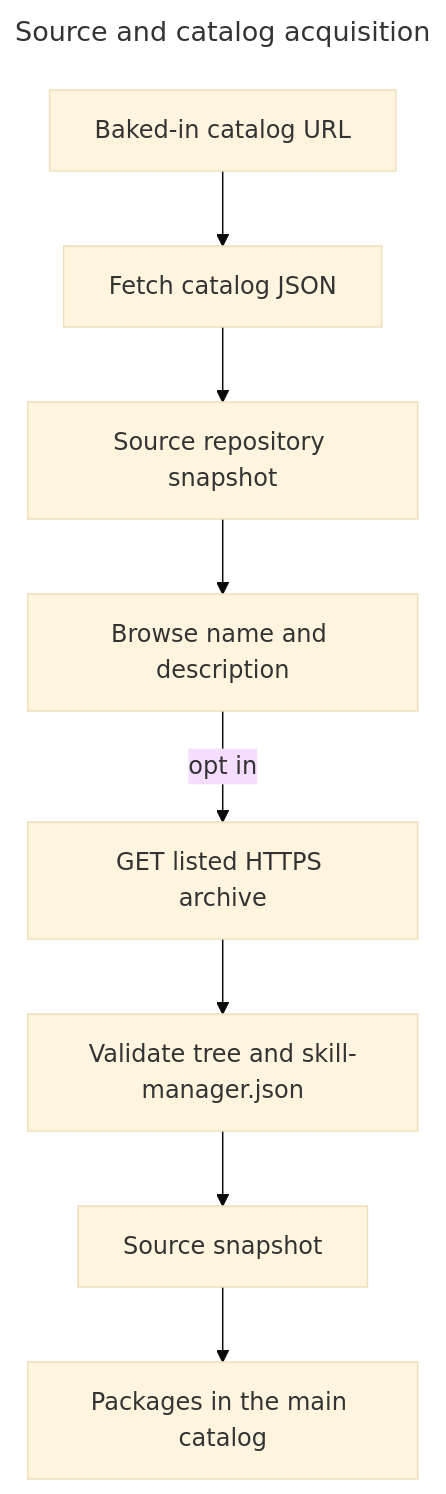
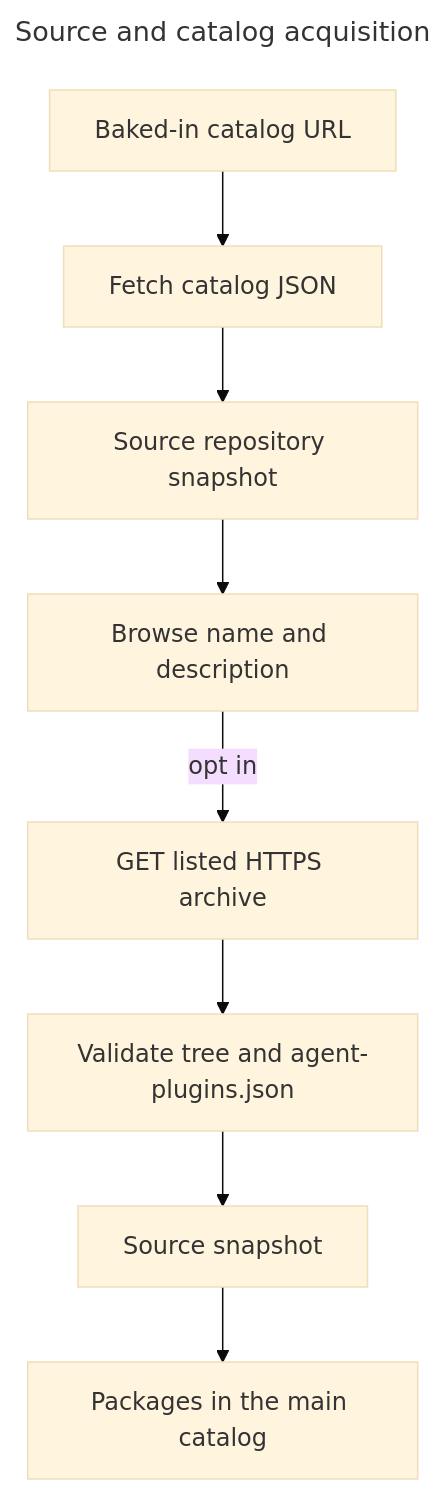
Before and after one commit to jacobragsdale/agent-plugins: the diagram in docs/diagrams/source-acquisition.mmd, drawn with Mermaid (base theme). The commit also changed 65 other files, not shown here.

First line of the commit message:
Rename skill-manager to agent-plugins throughout

```diff
--- a/docs/diagrams/source-acquisition.mmd
+++ b/docs/diagrams/source-acquisition.mmd
@@ -1,14 +1,14 @@
 ---
 title: Source and catalog acquisition
 ---
 flowchart TB
   accTitle: Source and catalog acquisition
   accDescr: The baked-in catalog is fetched as JSON. The user adds a listed source by name. Only that source is downloaded as an HTTPS archive, validated, and used for packages.
 
   CatalogUrl[Baked-in catalog URL] --> CatalogFetch[Fetch catalog JSON]
   CatalogFetch --> CatalogSnap[Source repository snapshot]
   CatalogSnap --> Browse[Browse name and description]
   Browse -->|opt in| SourceFetch[GET listed HTTPS archive]
-  SourceFetch --> Validate[Validate tree and skill-manager.json]
+  SourceFetch --> Validate[Validate tree and agent-plugins.json]
   Validate --> SourceSnap[Source snapshot]
   SourceSnap --> Packages[Packages in the main catalog]
```
